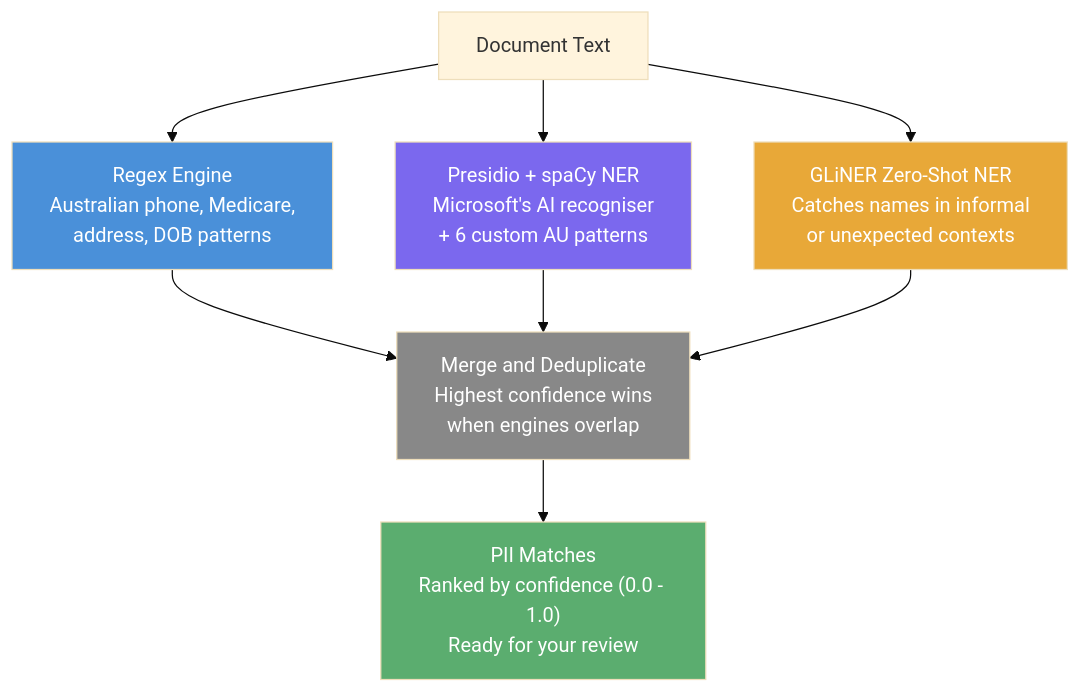
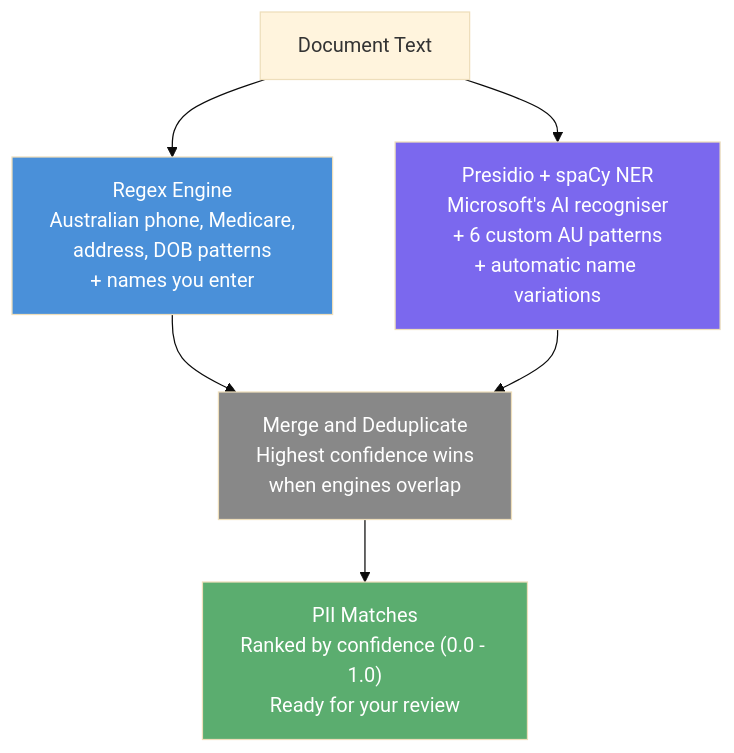
One commit to mrdavearms/student-doc-redactor changed the second of 3 diagrams in README.md. Above: the diagram before and after it, drawn with Mermaid (base theme). The commit also changed other lines of this file and 1 other file, not shown here.

First line of the commit message:
docs: teacher-friendly README for v1.3.1; correct engine count; fix changelog generator

````diff
--- a/README.md
+++ b/README.md
@@ -145,23 +148,19 @@
 ```mermaid
 graph TD
     DOC["Document Text"] --> RE
     DOC --> PR
-    DOC --> GL
 
-    RE["Regex Engine\nAustralian phone, Medicare,\naddress, DOB patterns"]
-    PR["Presidio + spaCy NER\nMicrosoft's AI recogniser\n+ 6 custom AU patterns"]
-    GL["GLiNER Zero-Shot NER\nCatches names in informal\nor unexpected contexts"]
+    RE["Regex Engine\nAustralian phone, Medicare,\naddress, DOB patterns\n+ names you enter"]
+    PR["Presidio + spaCy NER\nMicrosoft's AI recogniser\n+ 6 custom AU patterns\n+ automatic name variations"]
 
     RE --> MRG
     PR --> MRG
-    GL --> MRG
 
     MRG["Merge and Deduplicate\nHighest confidence wins\nwhen engines overlap"]
     MRG --> OUT["PII Matches\nRanked by confidence (0.0 - 1.0)\nReady for your review"]
 
     style RE fill:#4A90D9,color:#fff
     style PR fill:#7B68EE,color:#fff
-    style GL fill:#E8A838,color:#fff
     style MRG fill:#888,color:#fff
     style OUT fill:#5BAD6F,color:#fff
 ```
````
